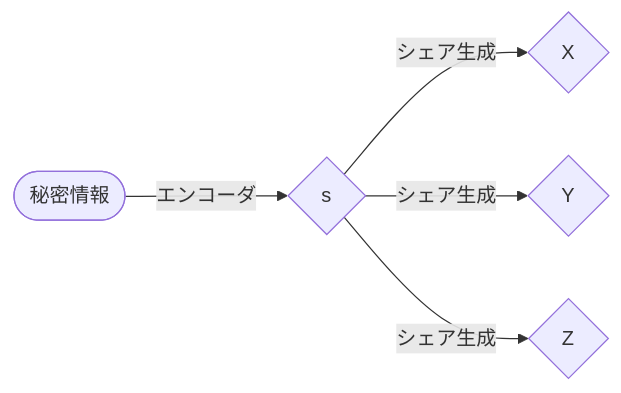
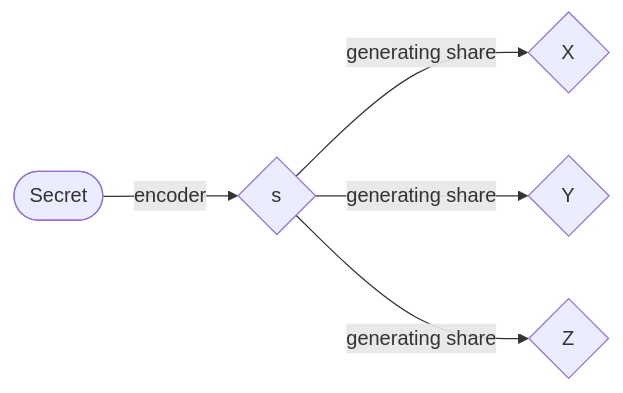
One commit to h28a3/n-n_threshold_scheme changed the diagram in README.md. Above: the diagram before and after it, drawn with Mermaid. The commit also changed other lines of this file, not shown here.

````diff
--- a/README.md
+++ b/README.md
@@ -12,7 +12,7 @@
 ```mermaid
 graph LR
-  Start([秘密情報])-->|エンコーダ|A{s}
-  A-->|シェア生成|B{X}
-  A-->|シェア生成|C{Y}
-  A-->|シェア生成|D{Z}
+  Start([Secret])-->|encoder|A{s}
+  A-->|generating share|B{X}
+  A-->|generating share|C{Y}
+  A-->|generating share|D{Z}
 ```
````
